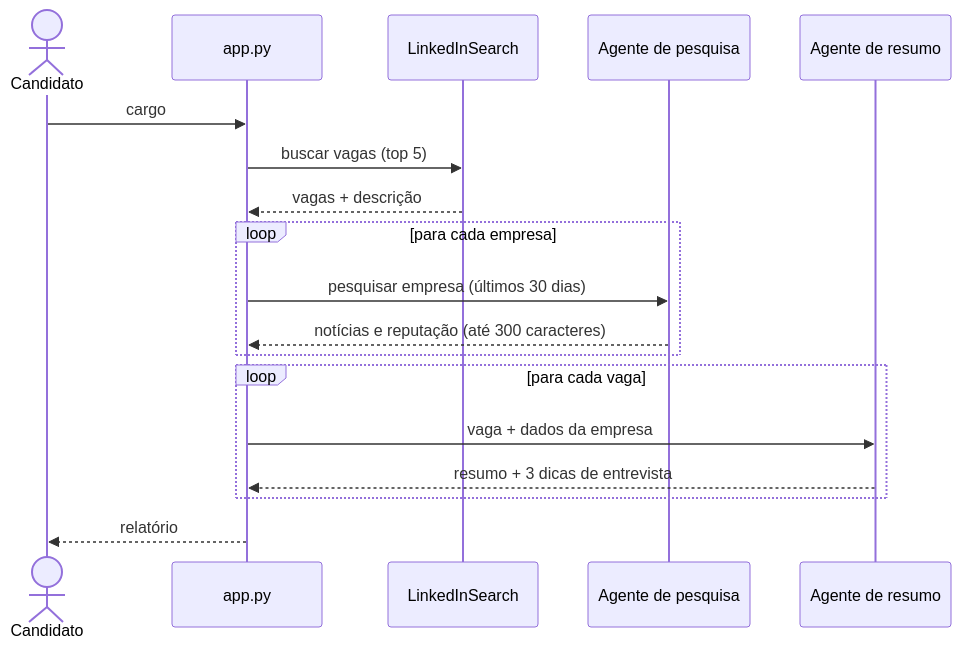
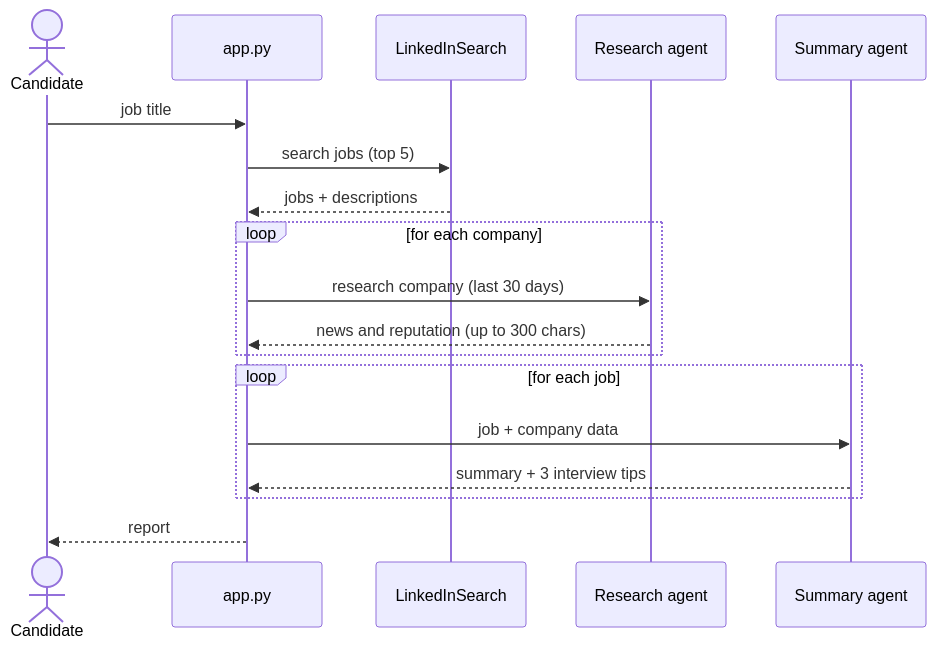
The second of 2 diagrams in README.md (dgmodesto/ai-find-job-flow), drawn with Mermaid before and after one commit. The commit also changed other lines of this file, not shown here.

````diff
--- a/README.md
+++ b/README.md
@@ -23,20 +23,20 @@
 ```mermaid
 sequenceDiagram
-    actor U as Candidato
+    actor U as Candidate
     participant O as app.py
     participant L as LinkedInSearch
-    participant R as Agente de pesquisa
-    participant S as Agente de resumo
-    U->>O: cargo
-    O->>L: buscar vagas (top 5)
-    L-->>O: vagas + descrição
-    loop para cada empresa
-        O->>R: pesquisar empresa (últimos 30 dias)
-        R-->>O: notícias e reputação (até 300 caracteres)
+    participant R as Research agent
+    participant S as Summary agent
+    U->>O: job title
+    O->>L: search jobs (top 5)
+    L-->>O: jobs + descriptions
+    loop for each company
+        O->>R: research company (last 30 days)
+        R-->>O: news and reputation (up to 300 chars)
     end
-    loop para cada vaga
-        O->>S: vaga + dados da empresa
-        S-->>O: resumo + 3 dicas de entrevista
+    loop for each job
+        O->>S: job + company data
+        S-->>O: summary + 3 interview tips
     end
-    O-->>U: relatório
+    O-->>U: report
 ```
````
